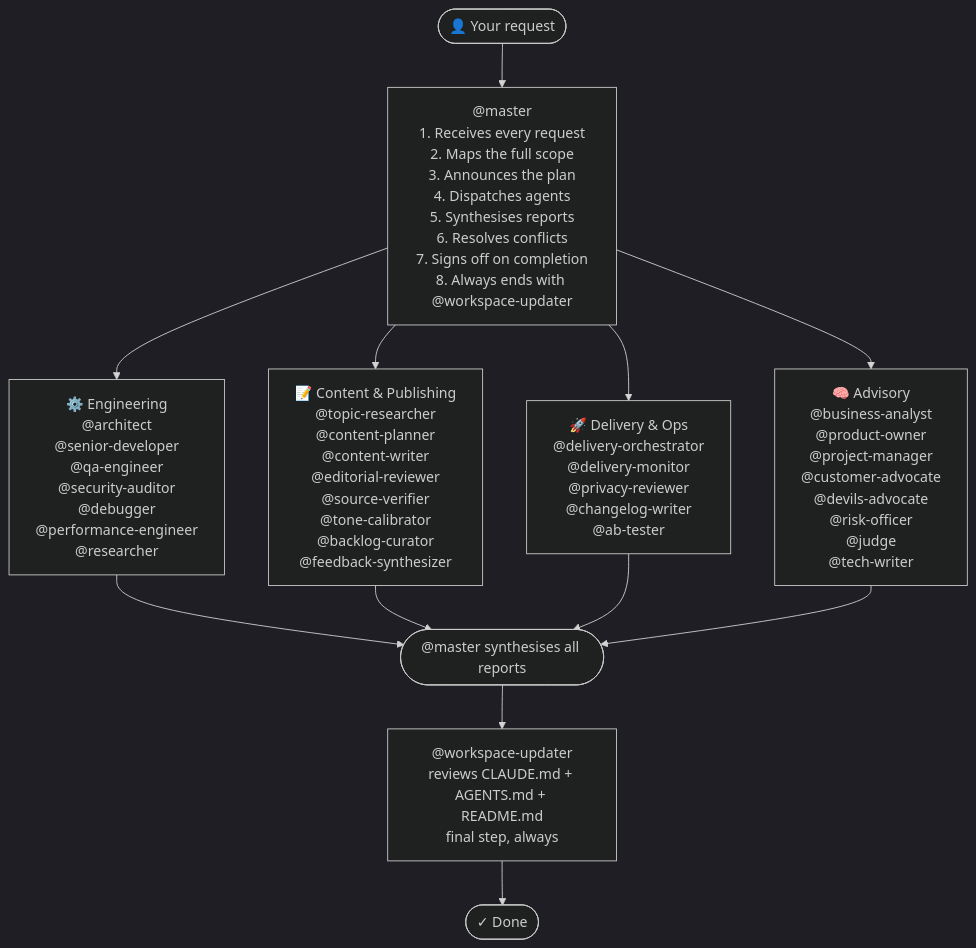
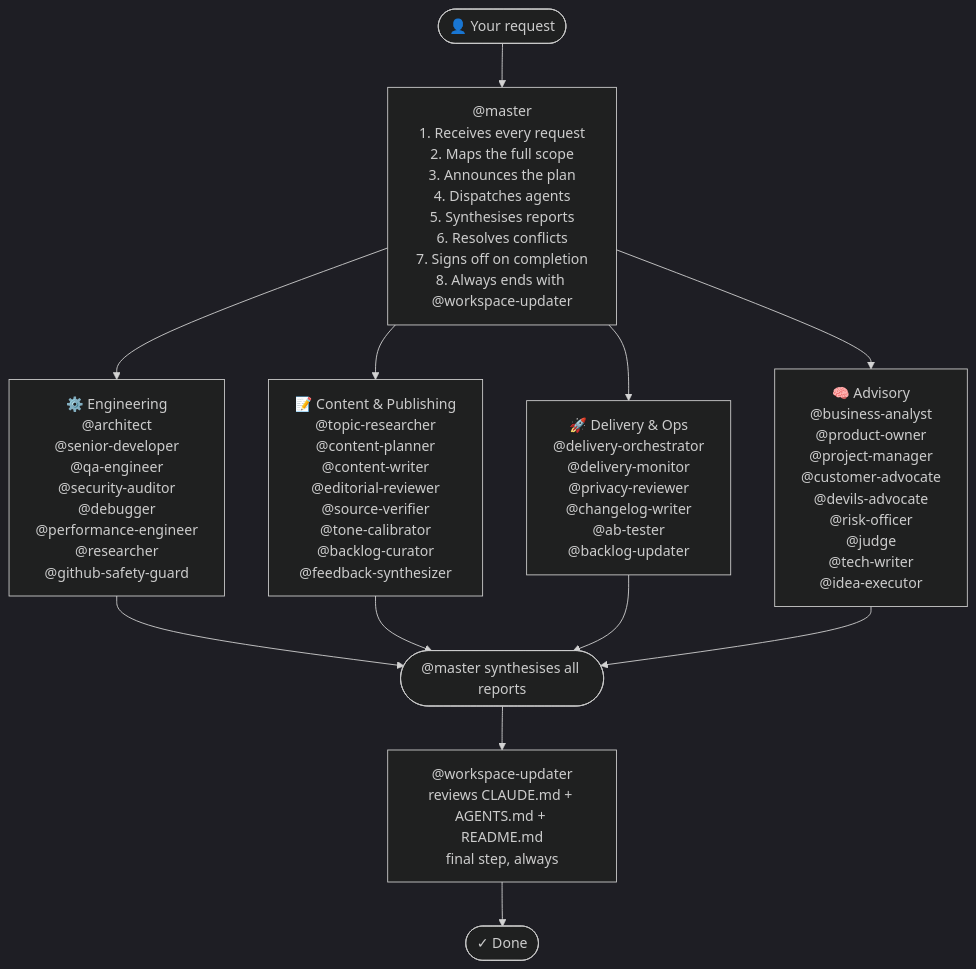
The diagram in README.md (Konstantinos-Sakellariou/claude-team-kit), drawn with Mermaid (dark theme) before and after one commit. The commit also changed other lines of this file and 10 other files, not shown here.

First line of the commit message:
feat(workspace): add backlog and idea planning agents

````diff
--- a/README.md
+++ b/README.md
@@ -58,23 +59,23 @@
 ```mermaid
 flowchart TD
     USER(["👤 Your request"])
     USER --> MASTER
 
     MASTER["@master\n1. Receives every request\n2. Maps the full scope\n3. Announces the plan\n4. Dispatches agents\n5. Synthesises reports\n6. Resolves conflicts\n7. Signs off on completion\n8. Always ends with @workspace-updater"]
 
-    MASTER --> ENG["⚙️ Engineering\n@architect\n@senior-developer\n@qa-engineer\n@security-auditor\n@debugger\n@performance-engineer\n@researcher"]
+    MASTER --> ENG["⚙️ Engineering\n@architect\n@senior-developer\n@qa-engineer\n@security-auditor\n@debugger\n@performance-engineer\n@researcher\n@github-safety-guard"]
 
     MASTER --> CONT["📝 Content & Publishing\n@topic-researcher\n@content-planner\n@content-writer\n@editorial-reviewer\n@source-verifier\n@tone-calibrator\n@backlog-curator\n@feedback-synthesizer"]
 
-    MASTER --> DELIV["🚀 Delivery & Ops\n@delivery-orchestrator\n@delivery-monitor\n@privacy-reviewer\n@changelog-writer\n@ab-tester"]
+    MASTER --> DELIV["🚀 Delivery & Ops\n@delivery-orchestrator\n@delivery-monitor\n@privacy-reviewer\n@changelog-writer\n@ab-tester\n@backlog-updater"]
 
-    MASTER --> ADV["🧠 Advisory\n@business-analyst\n@product-owner\n@project-manager\n@customer-advocate\n@devils-advocate\n@risk-officer\n@judge\n@tech-writer"]
+    MASTER --> ADV["🧠 Advisory\n@business-analyst\n@product-owner\n@project-manager\n@customer-advocate\n@devils-advocate\n@risk-officer\n@judge\n@tech-writer\n@idea-executor"]
 
     ENG --> SYNTH(["@master synthesises all reports"])
     CONT --> SYNTH
     DELIV --> SYNTH
     ADV --> SYNTH
 
     SYNTH --> WU["@workspace-updater\nreviews CLAUDE.md + AGENTS.md + README.md\nfinal step, always"]
     WU --> DONE(["✓ Done"])
 ```
````
